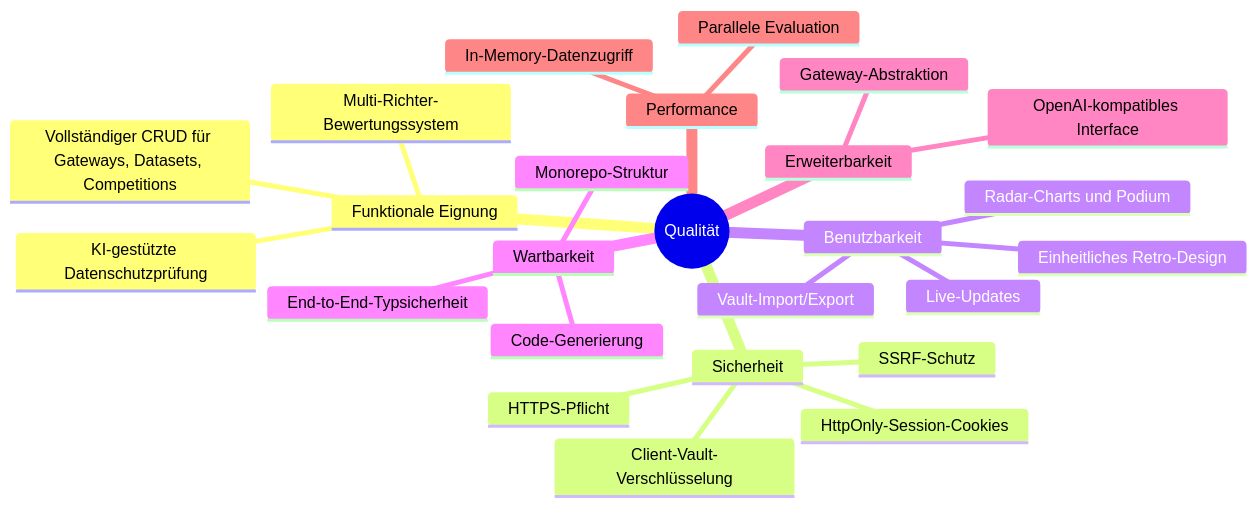
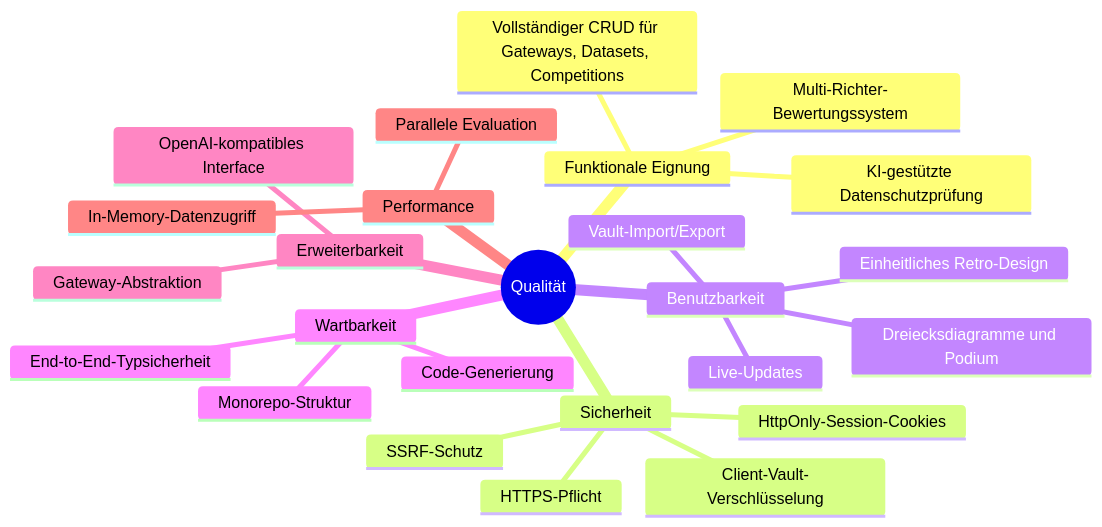
One commit to merlinbecker/LLM-Eval-Games2026 changed diagram 15 of 15 in arc42.md. Above: the diagram before and after it, drawn with Mermaid. The commit also changed other lines of this file and 14 other files, not shown here.

````diff
--- a/arc42.md
+++ b/arc42.md
@@ -843,28 +845,28 @@
 ```mermaid
 mindmap
   root((Qualität))
     Funktionale Eignung
       Vollständiger CRUD für Gateways, Datasets, Competitions
       Multi-Richter-Bewertungssystem
       KI-gestützte Datenschutzprüfung
     Sicherheit
       SSRF-Schutz
       Client-Vault-Verschlüsselung
       HTTPS-Pflicht
       HttpOnly-Session-Cookies
     Benutzbarkeit
       Einheitliches Retro-Design
       Live-Updates
-      Radar-Charts und Podium
+      Dreiecksdiagramme und Podium
       Vault-Import/Export
     Wartbarkeit
       Monorepo-Struktur
       End-to-End-Typsicherheit
       Code-Generierung
     Erweiterbarkeit
       Gateway-Abstraktion
       OpenAI-kompatibles Interface
     Performance
       Parallele Evaluation
       In-Memory-Datenzugriff
 ```
````
